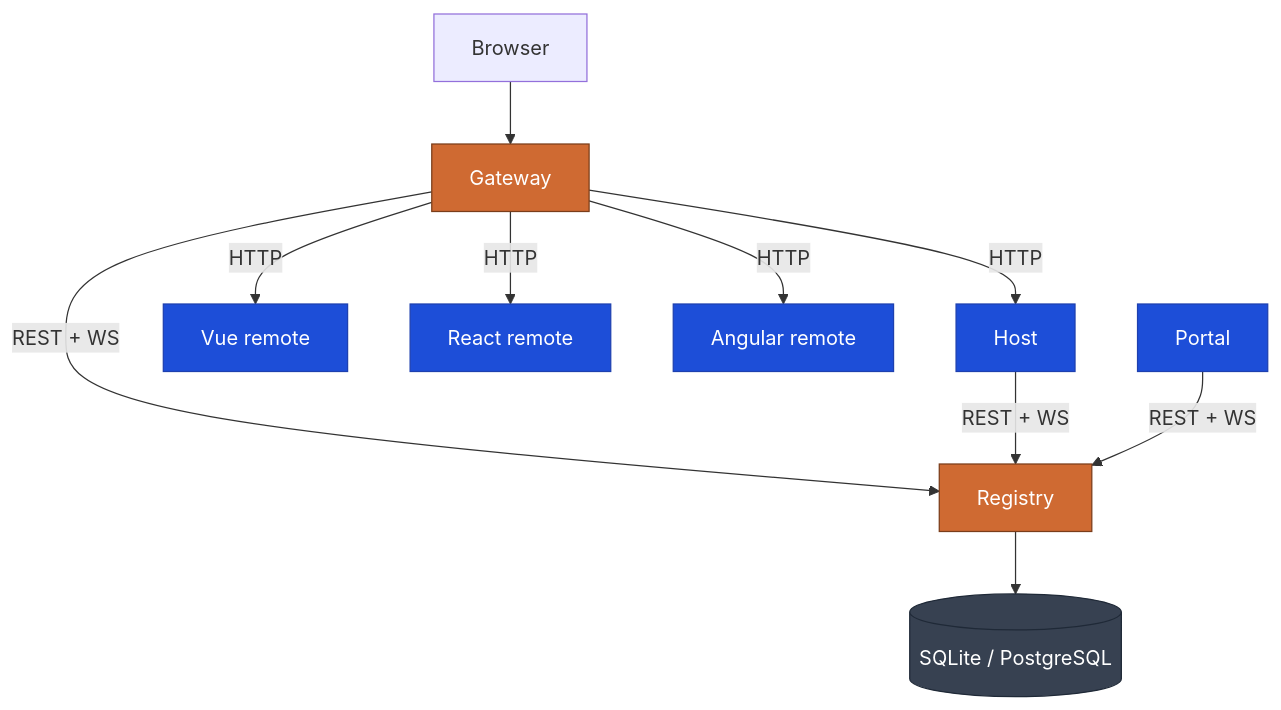
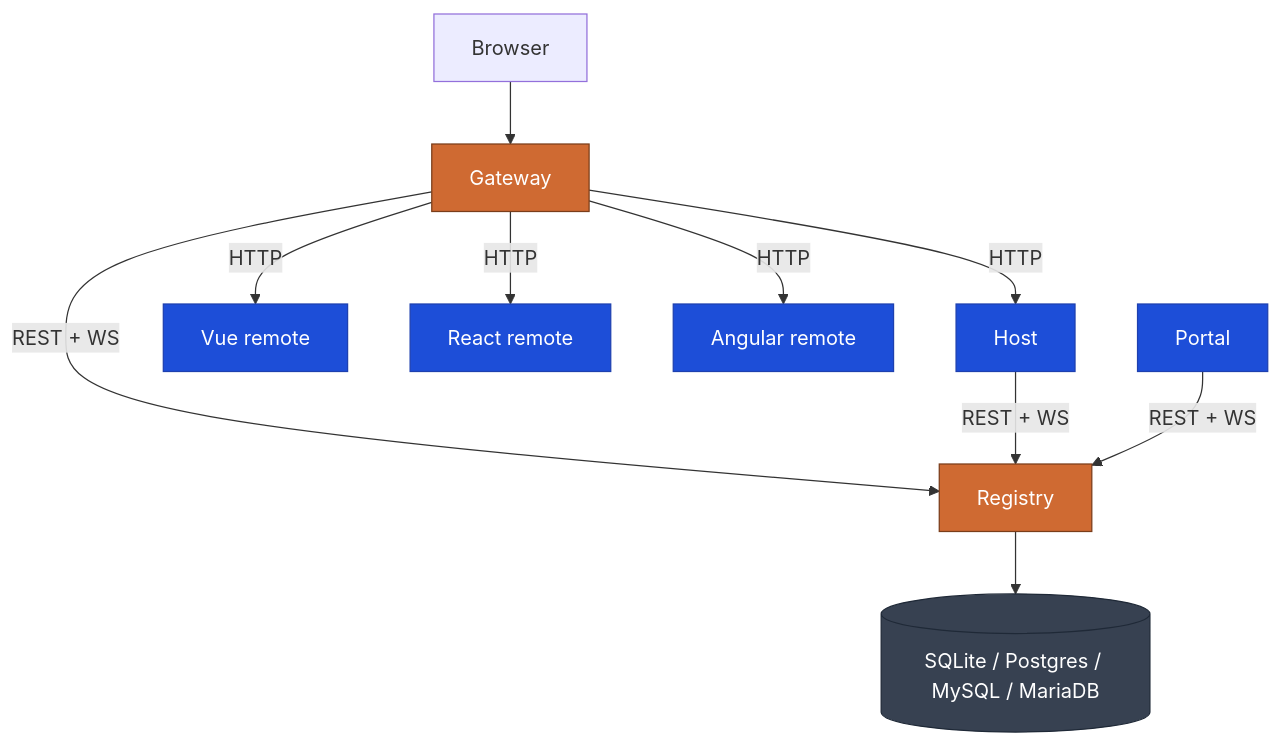
One commit to Bimo-dk/nexus changed the second of 2 diagrams in docs/intro.md. Above: the diagram before and after it, drawn with Mermaid. The commit also changed other lines of this file and 4 other files, not shown here.

````diff
--- a/docs/intro.md
+++ b/docs/intro.md
@@ -233,19 +233,19 @@
 ```mermaid
 graph TB
   Browser --> Gateway
   Gateway -->|HTTP| Host
   Gateway -->|HTTP| RemoteVue[Vue remote]
   Gateway -->|HTTP| RemoteReact[React remote]
   Gateway -->|HTTP| RemoteNg[Angular remote]
   Gateway -->|REST + WS| Registry
   Host -->|REST + WS| Registry
   Portal -->|REST + WS| Registry
-  Registry --> DB[(SQLite / PostgreSQL)]
+  Registry --> DB[(SQLite / Postgres / MySQL / MariaDB)]
 
   classDef rust fill:#cf6a32,stroke:#7a3d1a,color:#fff
   classDef ui fill:#1d4ed8,stroke:#1e40af,color:#fff
   classDef data fill:#374151,stroke:#1f2937,color:#fff
   class Gateway,Registry rust
   class Host,RemoteVue,RemoteReact,RemoteNg,Portal ui
   class DB data
 ```
````
